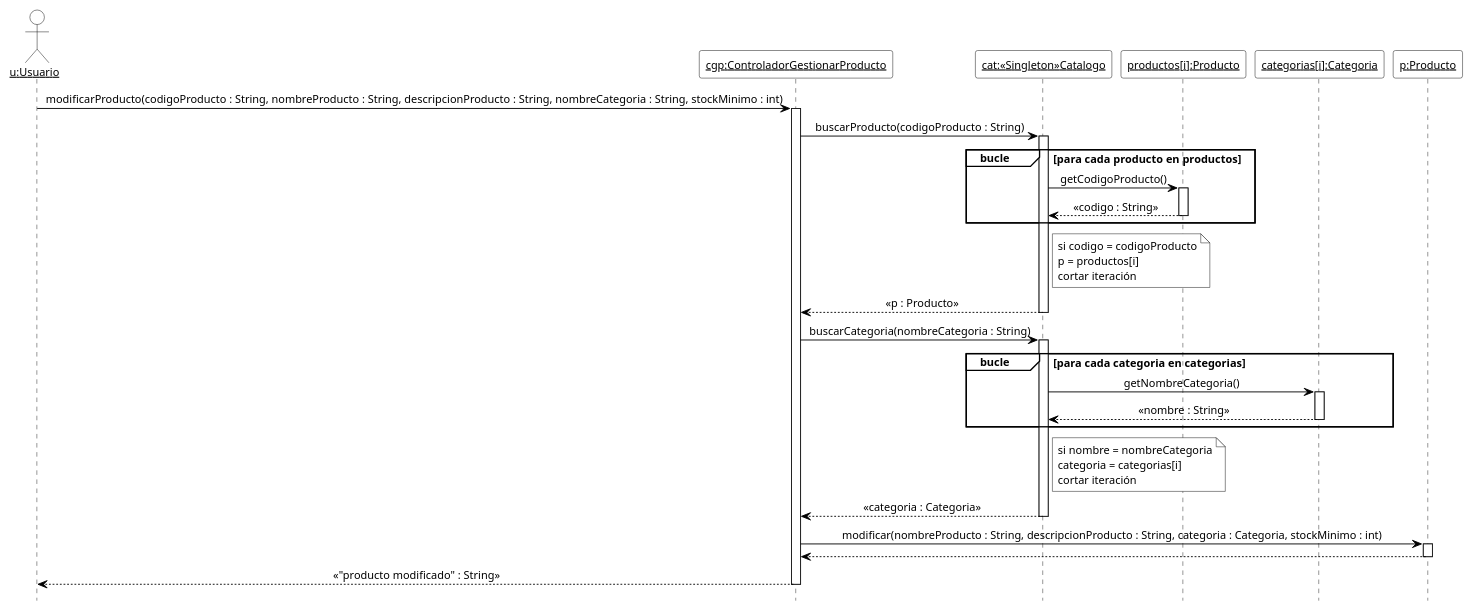
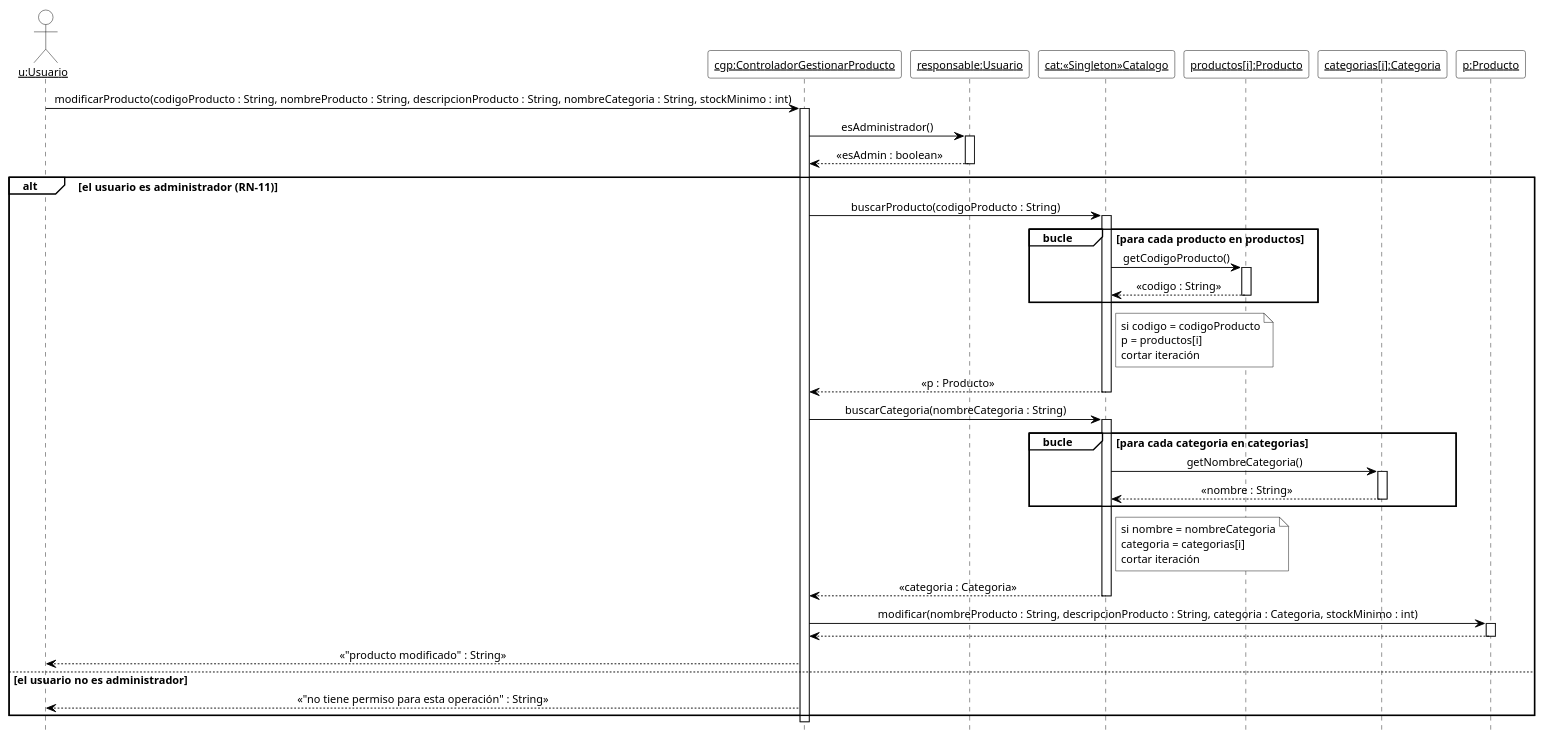
One commit to cirotop/Stock-Project changed the eighth of 18 diagrams in 08-Diagrama De Secuencia/Diagramas_de_Secuencia.md. Above: the diagram before and after it, drawn with PlantUML. The commit also changed other lines of this file and 20 other files, not shown here.

````diff
--- a/08-Diagrama De Secuencia/Diagramas_de_Secuencia.md
+++ b/08-Diagrama De Secuencia/Diagramas_de_Secuencia.md
@@ -517,60 +562,68 @@
 ```plantuml
 @startuml DSD_CU-04_modificarProducto
 ' Diagrama de Secuencia de Diseño (DSD) - CU-04 Gestionar producto - modificarProducto
 ' Estilo de los ejemplos de la teoría (introducirArticulo / crearNuevaVenta).
 hide footbox
 skinparam shadowing false
 skinparam defaultFontName Arial
 skinparam defaultFontSize 12
 skinparam sequenceMessageAlign center
 skinparam ArrowColor black
 skinparam ParticipantBackgroundColor white
 skinparam ParticipantBorderColor black
 skinparam CollectionsBackgroundColor white
 skinparam CollectionsBorderColor black
 skinparam ActorBackgroundColor white
 skinparam ActorBorderColor black
 skinparam LifeLineBorderColor black
 skinparam LifeLineBackgroundColor white
 skinparam SequenceGroupBackgroundColor white
 skinparam SequenceGroupBorderColor black
 skinparam SequenceGroupHeaderFontColor black
 skinparam NoteBackgroundColor white
 skinparam NoteBorderColor black
 
 actor "<u>u:Usuario</u>" as u
 participant "<u>cgp:ControladorGestionarProducto</u>" as cgp
+participant "<u>responsable:Usuario</u>" as resp
 participant "<u>cat:«Singleton»Catalogo</u>" as cat
 participant "<u>productos[i]:Producto</u>" as pi
 participant "<u>categorias[i]:Categoria</u>" as ki
 participant "<u>p:Producto</u>" as p
 
 u -> cgp ++ : modificarProducto(codigoProducto : String, nombreProducto : String, descripcionProducto : String, nombreCategoria : String, stockMinimo : int)
-cgp -> cat ++ : buscarProducto(codigoProducto : String)
-group bucle [para cada producto en productos]
-  cat -> pi ++ : getCodigoProducto()
-  pi --> cat -- : «codigo : String»
+cgp -> resp ++ : esAdministrador()
+resp --> cgp -- : «esAdmin : boolean»
+alt el usuario es administrador (RN-11)
+  cgp -> cat ++ : buscarProducto(codigoProducto : String)
+  group bucle [para cada producto en productos]
+    cat -> pi ++ : getCodigoProducto()
+    pi --> cat -- : «codigo : String»
+  end
+  note right of cat
+    si codigo = codigoProducto
+    p = productos[i]
+    cortar iteración
+  end note
+  cat --> cgp -- : «p : Producto»
+  cgp -> cat ++ : buscarCategoria(nombreCategoria : String)
+  group bucle [para cada categoria en categorias]
+    cat -> ki ++ : getNombreCategoria()
+    ki --> cat -- : «nombre : String»
+  end
+  note right of cat
+    si nombre = nombreCategoria
+    categoria = categorias[i]
+    cortar iteración
+  end note
+  cat --> cgp -- : «categoria : Categoria»
+  cgp -> p ++ : modificar(nombreProducto : String, descripcionProducto : String, categoria : Categoria, stockMinimo : int)
+  p --> cgp --
+  cgp --> u : «"producto modificado" : String»
+else el usuario no es administrador
+  cgp --> u : «"no tiene permiso para esta operación" : String»
 end
-note right of cat
-  si codigo = codigoProducto
-  p = productos[i]
-  cortar iteración
-end note
-cat --> cgp -- : «p : Producto»
-cgp -> cat ++ : buscarCategoria(nombreCategoria : String)
-group bucle [para cada categoria en categorias]
-  cat -> ki ++ : getNombreCategoria()
-  ki --> cat -- : «nombre : String»
-end
-note right of cat
-  si nombre = nombreCategoria
-  categoria = categorias[i]
-  cortar iteración
-end note
-cat --> cgp -- : «categoria : Categoria»
-cgp -> p ++ : modificar(nombreProducto : String, descripcionProducto : String, categoria : Categoria, stockMinimo : int)
-p --> cgp --
-cgp --> u -- : «"producto modificado" : String»
+deactivate cgp
 
 @enduml
 ```
````
